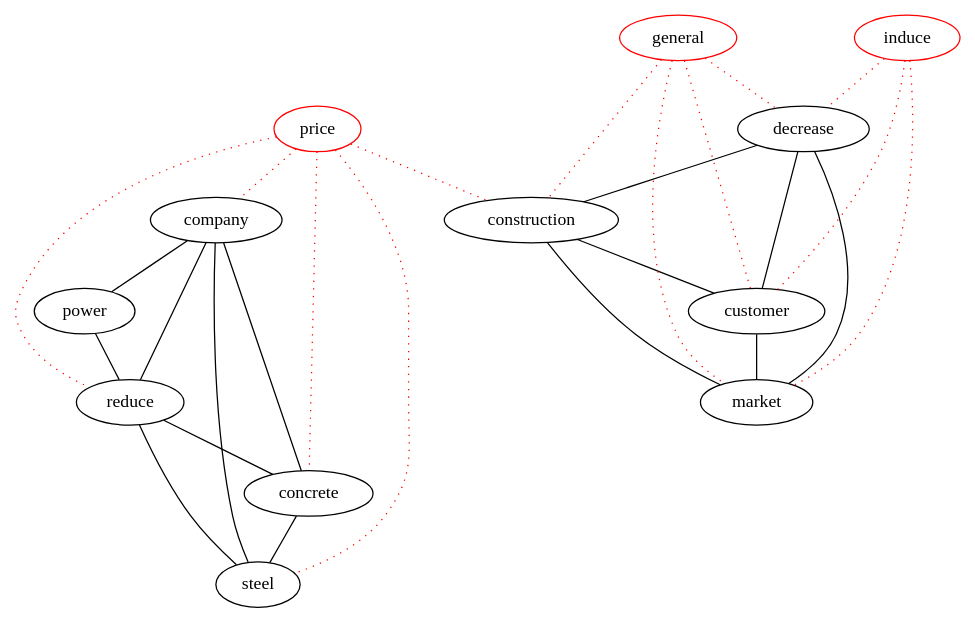
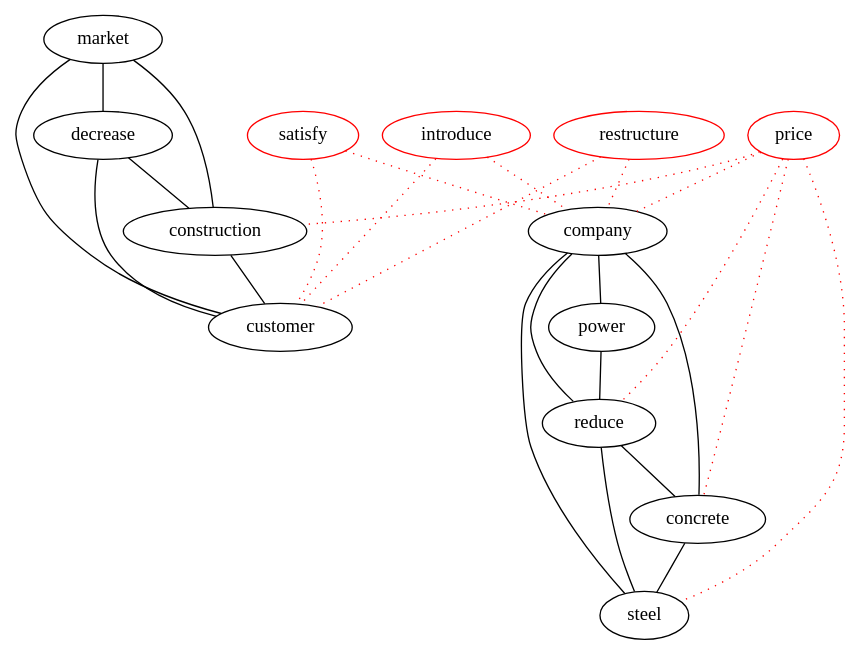
One commit to michaelweiss/keygraph changed the diagram in dot/d2.dot. Above: the diagram before and after it, drawn with Graphviz. The commit also changed 9 other files, not shown here.

```diff
--- a/dot/d2.dot
+++ b/dot/d2.dot
@@ -1,41 +1,41 @@
 graph keygraph {
 graph [size="10,10"]
+customer [color="black"]
+construction [color="black"]
+concrete [color="black"]
+reduce [color="black"]
+decrease [color="black"]
+steel [color="black"]
 company [color="black"]
-construction [color="black"]
+market [color="black"]
 power [color="black"]
-steel [color="black"]
-market [color="black"]
-decrease [color="black"]
-reduce [color="black"]
-concrete [color="black"]
-customer [color="black"]
-general [color="red"]
+satisfy [color="red"]
+introduce [color="red"]
 price [color="red"]
-induce [color="red"]
+restructure [color="red"]
 company--power
 company--concrete
 company--steel
 company--reduce
 power--reduce
 reduce--concrete
 reduce--steel
 concrete--steel
+market--construction
+market--decrease
+market--customer
 decrease--construction
-decrease--market
 decrease--customer
-construction--market
 construction--customer
-customer--market
-induce--market [color="red", style="dotted"]
-induce--decrease [color="red", style="dotted"]
-induce--customer [color="red", style="dotted"]
-general--construction [color="red", style="dotted"]
-general--market [color="red", style="dotted"]
-general--decrease [color="red", style="dotted"]
-general--customer [color="red", style="dotted"]
+introduce--customer [color="red", style="dotted"]
+introduce--company [color="red", style="dotted"]
+restructure--customer [color="red", style="dotted"]
+restructure--company [color="red", style="dotted"]
+satisfy--customer [color="red", style="dotted"]
+satisfy--company [color="red", style="dotted"]
+price--construction [color="red", style="dotted"]
+price--concrete [color="red", style="dotted"]
+price--reduce [color="red", style="dotted"]
+price--steel [color="red", style="dotted"]
 price--company [color="red", style="dotted"]
-price--construction [color="red", style="dotted"]
-price--steel [color="red", style="dotted"]
-price--reduce [color="red", style="dotted"]
-price--concrete [color="red", style="dotted"]
 }
```
